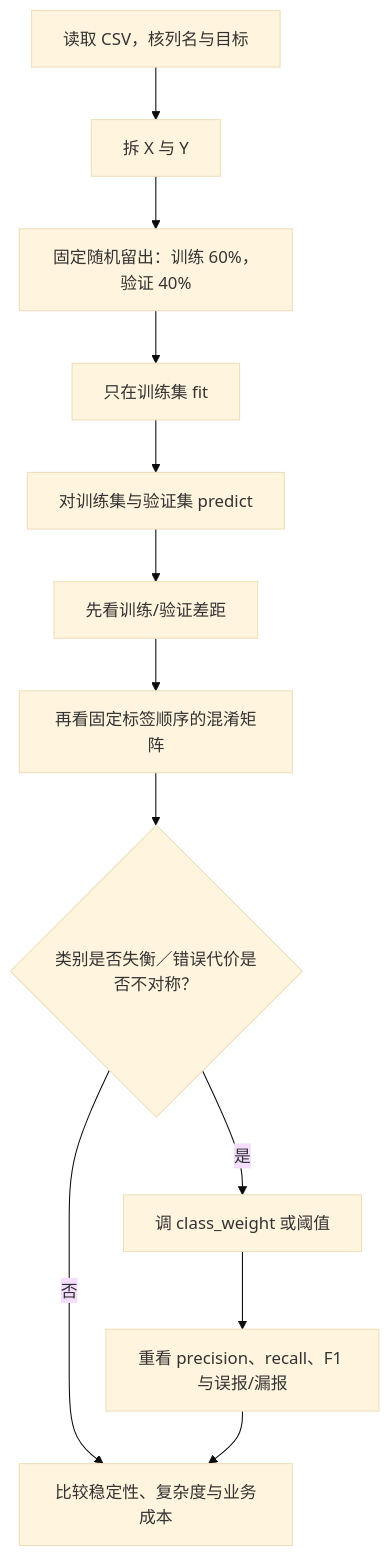
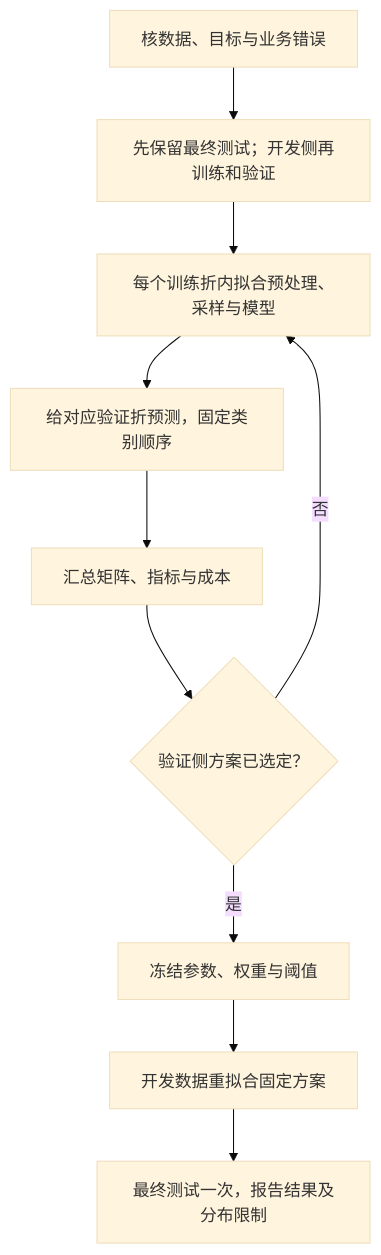
The fourth of 4 diagrams in IS6400_Business_Data_Analytics/notes/T07-分类实战-信用审批与欺诈识别.md (CercaTrovato/cityu-ai-course-notes), drawn with Mermaid (base theme) before and after one commit. The commit also changed other lines of this file and 249 other files, not shown here.

````diff
--- a/IS6400_Business_Data_Analytics/notes/T07-分类实战-信用审批与欺诈识别.md
+++ b/IS6400_Business_Data_Analytics/notes/T07-分类实战-信用审批与欺诈识别.md
@@ -841,14 +1369,12 @@
 ```mermaid
 flowchart TD
-    A["读取 CSV，核列名与目标"] --> B["拆 X 与 Y"]
-    B --> C["固定随机留出：训练 60%，验证 40%"]
-    C --> D["只在训练集 fit"]
-    D --> E["对训练集与验证集 predict"]
-    E --> F["先看训练/验证差距"]
-    F --> G["再看固定标签顺序的混淆矩阵"]
-    G --> H{"类别是否失衡／错误代价是否不对称？"}
-    H -->|否| I["比较稳定性、复杂度与业务成本"]
-    H -->|是| J["调 class_weight 或阈值"]
-    J --> K["重看 precision、recall、F1 与误报/漏报"]
-    K --> I
+    A["核数据、目标与业务错误"] --> B["先保留最终测试；开发侧再训练和验证"]
+    B --> C["每个训练折内拟合预处理、采样与模型"]
+    C --> D["给对应验证折预测，固定类别顺序"]
+    D --> E["汇总矩阵、指标与成本"]
+    E --> F{"验证侧方案已选定？"}
+    F -->|否| C
+    F -->|是| G["冻结参数、权重与阈值"]
+    G --> H["开发数据重拟合固定方案"]
+    H --> I["最终测试一次，报告结果及分布限制"]
 ```
````
